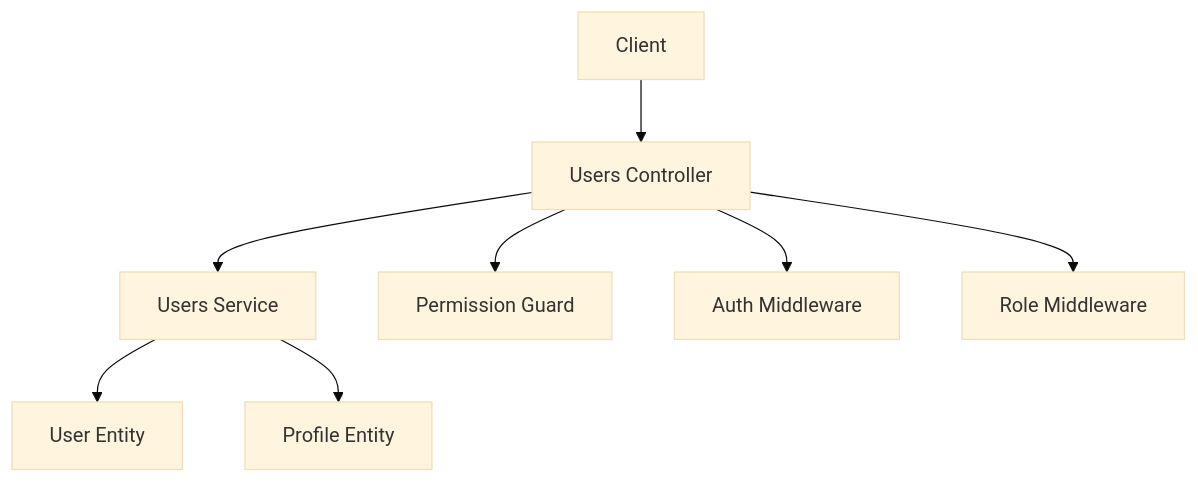
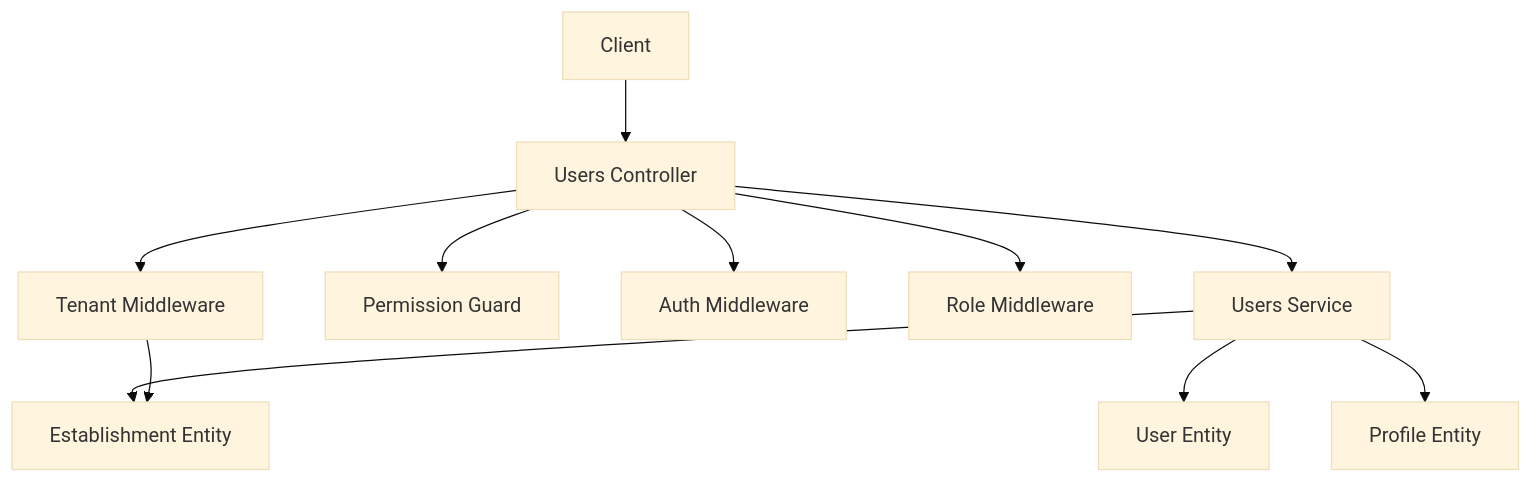
Before and after one commit to franckylab/eLISAschool: the second of 7 diagrams in .qoder/repowiki/en/content/Backend API Documentation/User Management API.md, drawn with Mermaid (base theme). The commit also changed other lines of this file and 126 other files, not shown here.

````diff
--- a/.qoder/repowiki/en/content/Backend API Documentation/User Management API.md
+++ b/.qoder/repowiki/en/content/Backend API Documentation/User Management API.md
@@ -125,18 +154,23 @@
 ```mermaid
 graph TB
 Client["Client"]
 Ctrl["Users Controller"]
 Svc["Users Service"]
 AuthG["Permission Guard"]
 AuthM["Auth Middleware"]
 RoleM["Role Middleware"]
+TenantM["Tenant Middleware"]
 UserE["User Entity"]
 ProfE["Profile Entity"]
+EtabE["Establishment Entity"]
 Client --> Ctrl
 Ctrl --> AuthG
 Ctrl --> AuthM
 Ctrl --> RoleM
+Ctrl --> TenantM
 Ctrl --> Svc
 Svc --> UserE
 Svc --> ProfE
+Svc --> EtabE
+TenantM --> EtabE
 ```
````
